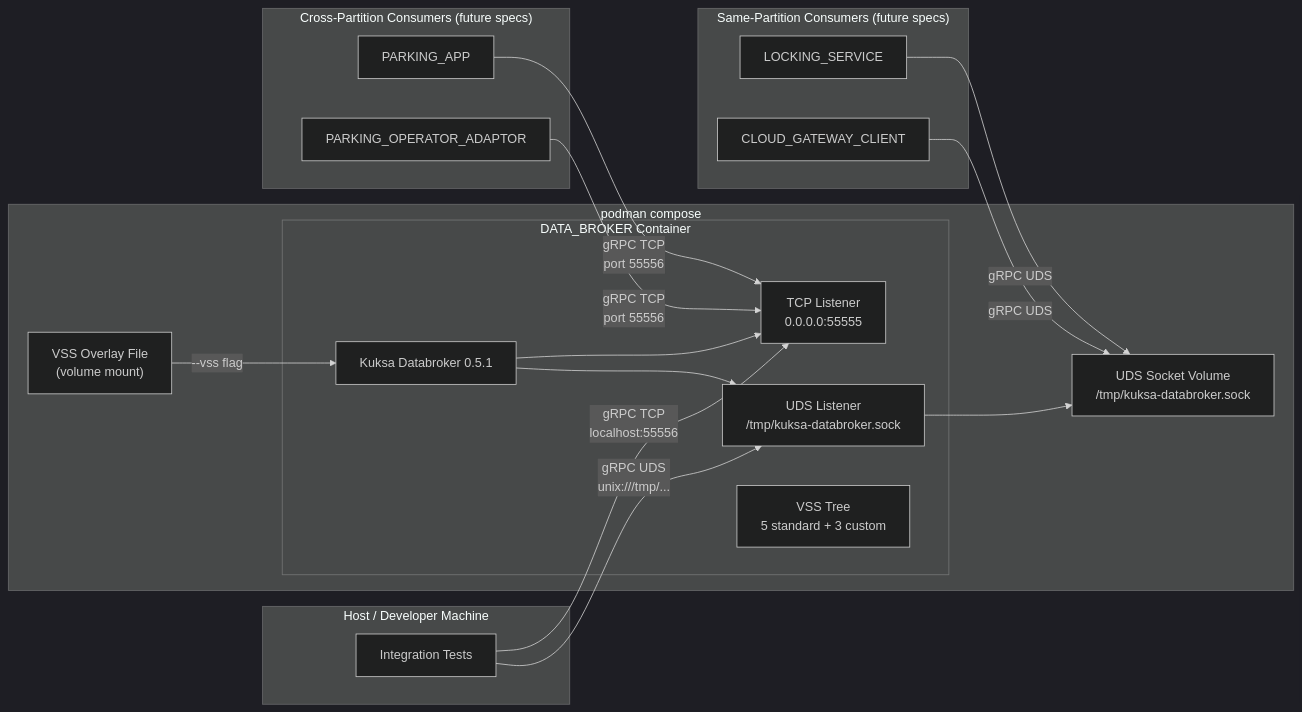
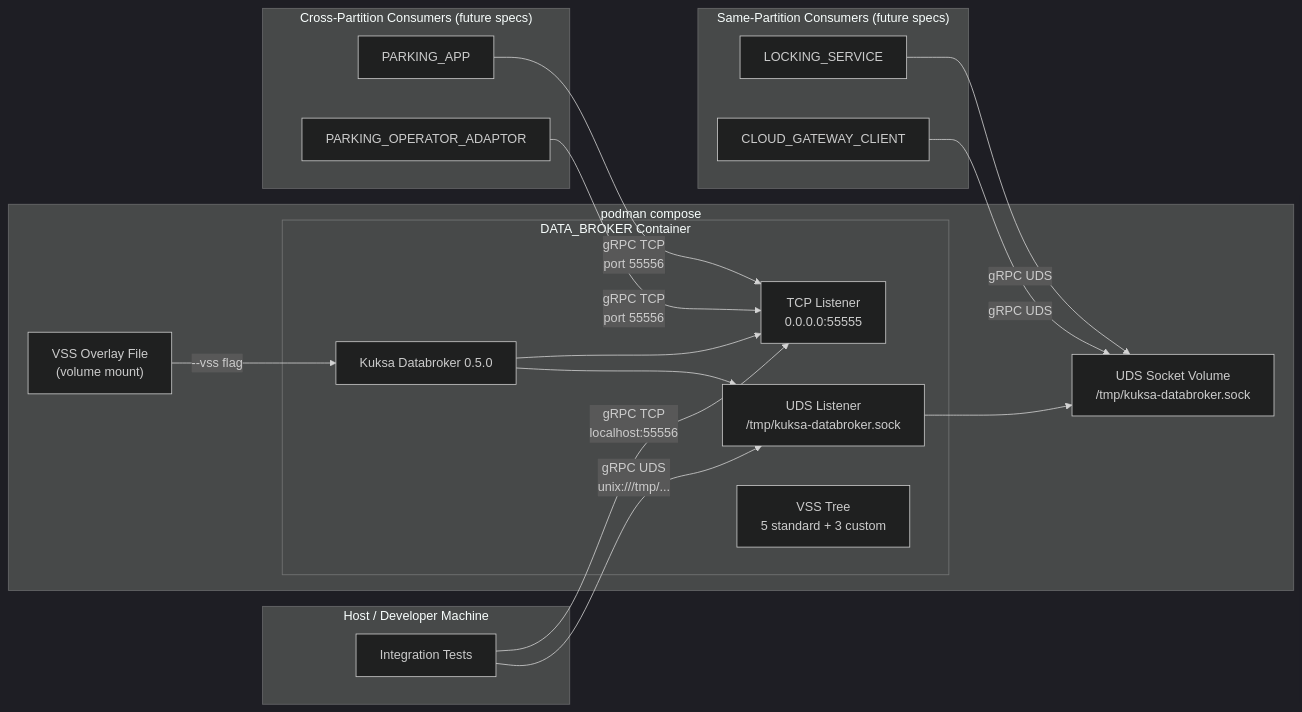
One commit to rhadp/parking-fee-service changed the diagram in .agent-fox/specs/02_data_broker/design.md. Above: the diagram before and after it, drawn with Mermaid (dark theme). The commit also changed other lines of this file and 6 other files, not shown here.

````diff
--- a/.agent-fox/specs/02_data_broker/design.md
+++ b/.agent-fox/specs/02_data_broker/design.md
@@ -9,40 +9,40 @@
 ```mermaid
 flowchart LR
     subgraph Host["Host / Developer Machine"]
         Tests["Integration Tests"]
     end
 
     subgraph Compose["podman compose"]
         subgraph DB["DATA_BROKER Container"]
-            Kuksa["Kuksa Databroker 0.5.1"]
+            Kuksa["Kuksa Databroker 0.5.0"]
             TCP["TCP Listener\n0.0.0.0:55555"]
             UDS["UDS Listener\n/tmp/kuksa-databroker.sock"]
             VSS["VSS Tree\n5 standard + 3 custom"]
         end
         Overlay["VSS Overlay File\n(volume mount)"]
         Socket["UDS Socket Volume\n/tmp/kuksa-databroker.sock"]
     end
 
     Overlay -->|"--vss flag"| Kuksa
     Kuksa --> TCP
     Kuksa --> UDS
     UDS --> Socket
 
     Tests -->|"gRPC TCP\nlocalhost:55556"| TCP
     Tests -->|"gRPC UDS\nunix:///tmp/..."| UDS
 
     subgraph Future["Same-Partition Consumers (future specs)"]
         LS["LOCKING_SERVICE"]
         CGC["CLOUD_GATEWAY_CLIENT"]
     end
 
     subgraph FutureNet["Cross-Partition Consumers (future specs)"]
         PA["PARKING_APP"]
         POA["PARKING_OPERATOR_ADAPTOR"]
     end
 
     LS -->|"gRPC UDS"| Socket
     CGC -->|"gRPC UDS"| Socket
     PA -->|"gRPC TCP\nport 55556"| TCP
     POA -->|"gRPC TCP\nport 55556"| TCP
 ```
````
